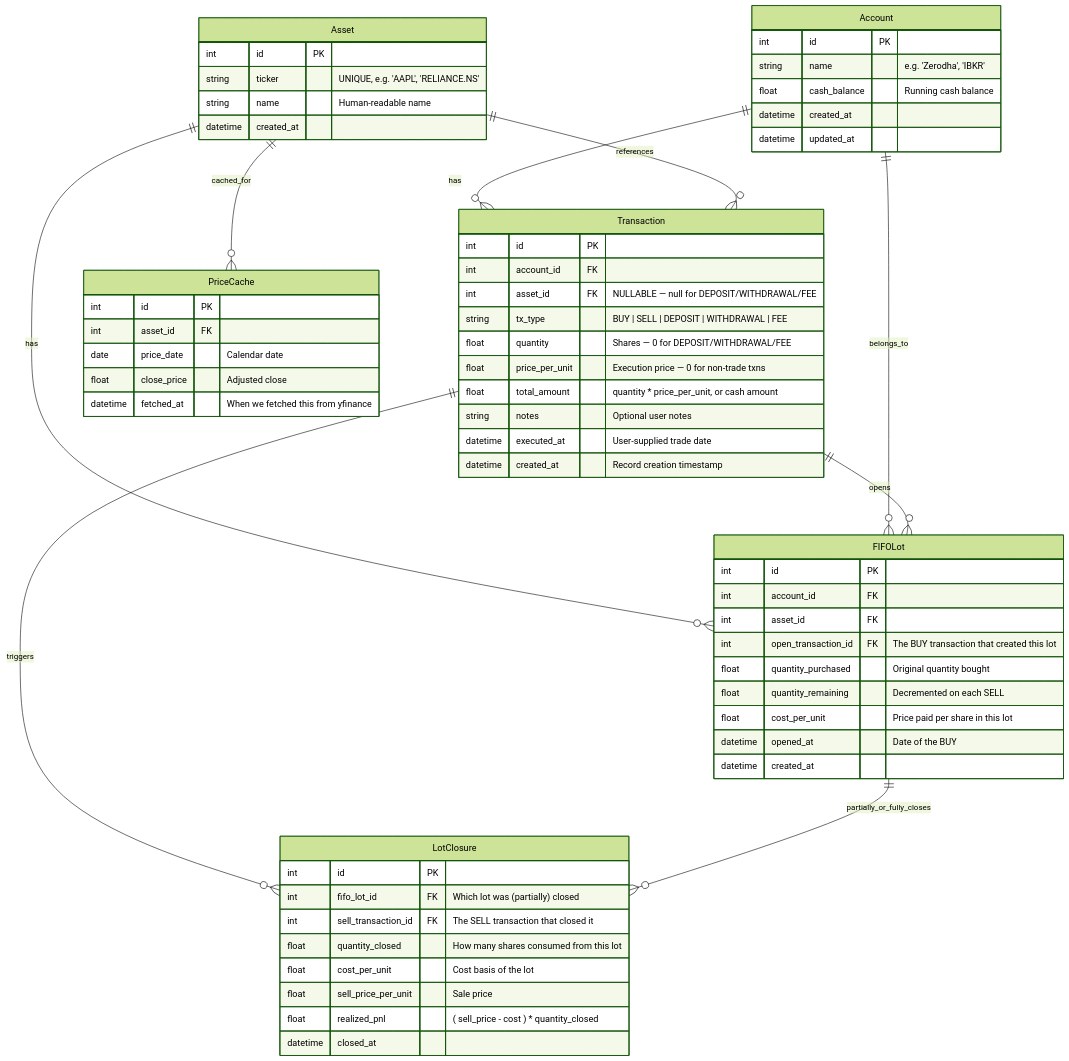
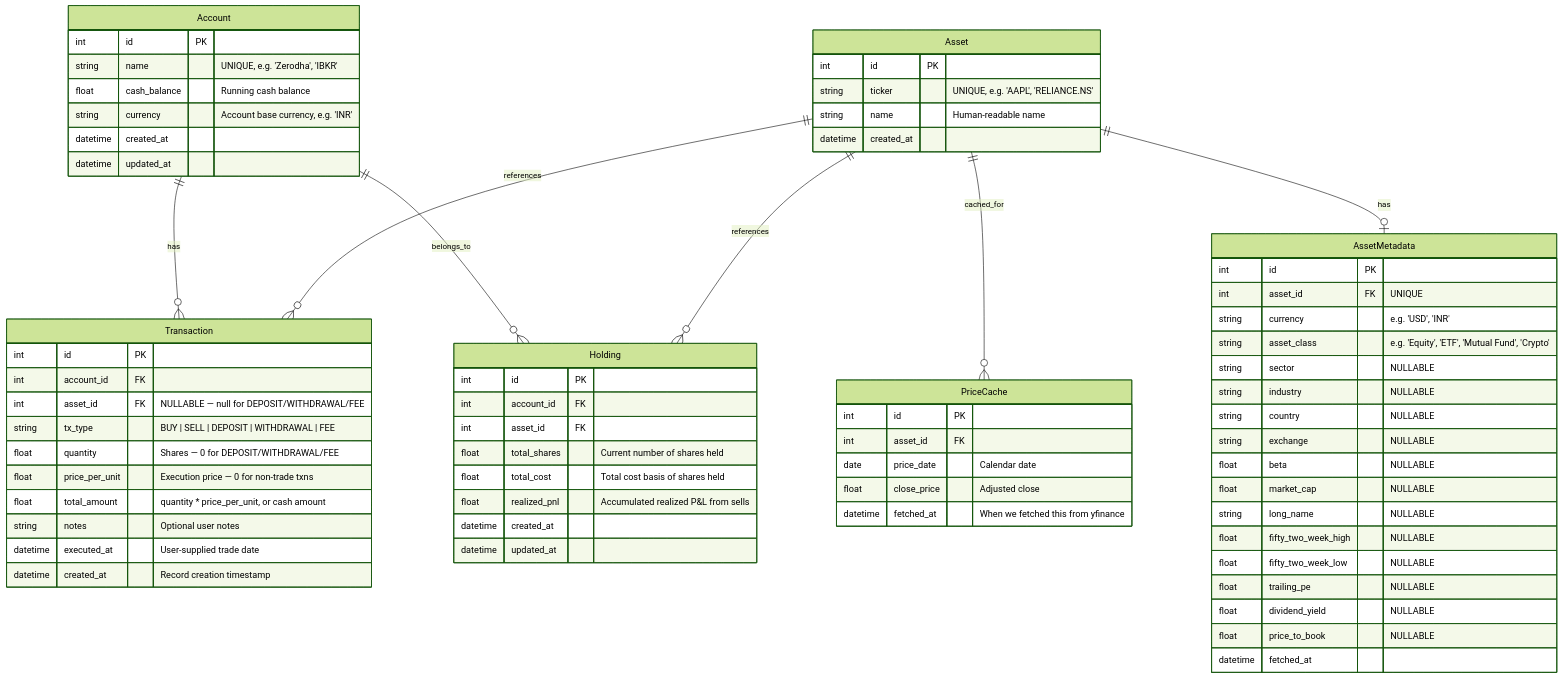
The first of 3 diagrams in ARCHITECTURE.md (HEiSENBERG-19/folio), drawn with Mermaid (forest theme) before and after one commit. The commit also changed other lines of this file and 2 other files, not shown here.

First line of the commit message:
docs(build): update documentation to replace FIFO P&L with WAC

````diff
--- a/ARCHITECTURE.md
+++ b/ARCHITECTURE.md
@@ -11,70 +11,77 @@
 ```mermaid
 erDiagram
     Account ||--o{ Transaction : has
     Asset ||--o{ Transaction : references
-    Asset ||--o{ FIFOLot : has
-    Account ||--o{ FIFOLot : belongs_to
-    Transaction ||--o{ FIFOLot : opens
-    Transaction ||--o{ LotClosure : triggers
-    FIFOLot ||--o{ LotClosure : partially_or_fully_closes
+    Account ||--o{ Holding : belongs_to
+    Asset ||--o{ Holding : references
     Asset ||--o{ PriceCache : cached_for
+    Asset ||--o| AssetMetadata : has
 
     Account {
         int id PK
-        string name "e.g. 'Zerodha', 'IBKR'"
+        string name "UNIQUE, e.g. 'Zerodha', 'IBKR'"
         float cash_balance "Running cash balance"
+        string currency "Account base currency, e.g. 'INR'"
         datetime created_at
         datetime updated_at
     }
 
     Asset {
         int id PK
         string ticker "UNIQUE, e.g. 'AAPL', 'RELIANCE.NS'"
         string name "Human-readable name"
         datetime created_at
     }
 
     Transaction {
         int id PK
         int account_id FK
         int asset_id FK "NULLABLE — null for DEPOSIT/WITHDRAWAL/FEE"
         string tx_type "BUY | SELL | DEPOSIT | WITHDRAWAL | FEE"
         float quantity "Shares — 0 for DEPOSIT/WITHDRAWAL/FEE"
         float price_per_unit "Execution price — 0 for non-trade txns"
         float total_amount "quantity * price_per_unit, or cash amount"
         string notes "Optional user notes"
         datetime executed_at "User-supplied trade date"
         datetime created_at "Record creation timestamp"
     }
 
-    FIFOLot {
+    Holding {
         int id PK
         int account_id FK
         int asset_id FK
-        int open_transaction_id FK "The BUY transaction that created this lot"
-        float quantity_purchased "Original quantity bought"
-        float quantity_remaining "Decremented on each SELL"
-        float cost_per_unit "Price paid per share in this lot"
-        datetime opened_at "Date of the BUY"
+        float total_shares "Current number of shares held"
+        float total_cost "Total cost basis of shares held"
+        float realized_pnl "Accumulated realized P&L from sells"
         datetime created_at
-    }
-
-    LotClosure {
-        int id PK
-        int fifo_lot_id FK "Which lot was (partially) closed"
-        int sell_transaction_id FK "The SELL transaction that closed it"
-        float quantity_closed "How many shares consumed from this lot"
-        float cost_per_unit "Cost basis of the lot"
-        float sell_price_per_unit "Sale price"
-        float realized_pnl "( sell_price - cost ) * quantity_closed"
-        datetime closed_at
+        datetime updated_at
     }
 
     PriceCache {
         int id PK
         int asset_id FK
         date price_date "Calendar date"
         float close_price "Adjusted close"
         datetime fetched_at "When we fetched this from yfinance"
     }
+
+    AssetMetadata {
+        int id PK
+        int asset_id FK "UNIQUE"
+        string currency "e.g. 'USD', 'INR'"
+        string asset_class "e.g. 'Equity', 'ETF', 'Mutual Fund', 'Crypto'"
+        string sector "NULLABLE"
+        string industry "NULLABLE"
+        string country "NULLABLE"
+        string exchange "NULLABLE"
+        float beta "NULLABLE"
+        float market_cap "NULLABLE"
+        string long_name "NULLABLE"
+        float fifty_two_week_high "NULLABLE"
+        float fifty_two_week_low "NULLABLE"
+        float trailing_pe "NULLABLE"
+        float dividend_yield "NULLABLE"
+        float price_to_book "NULLABLE"
+        datetime fetched_at
+    }
 ```
````
